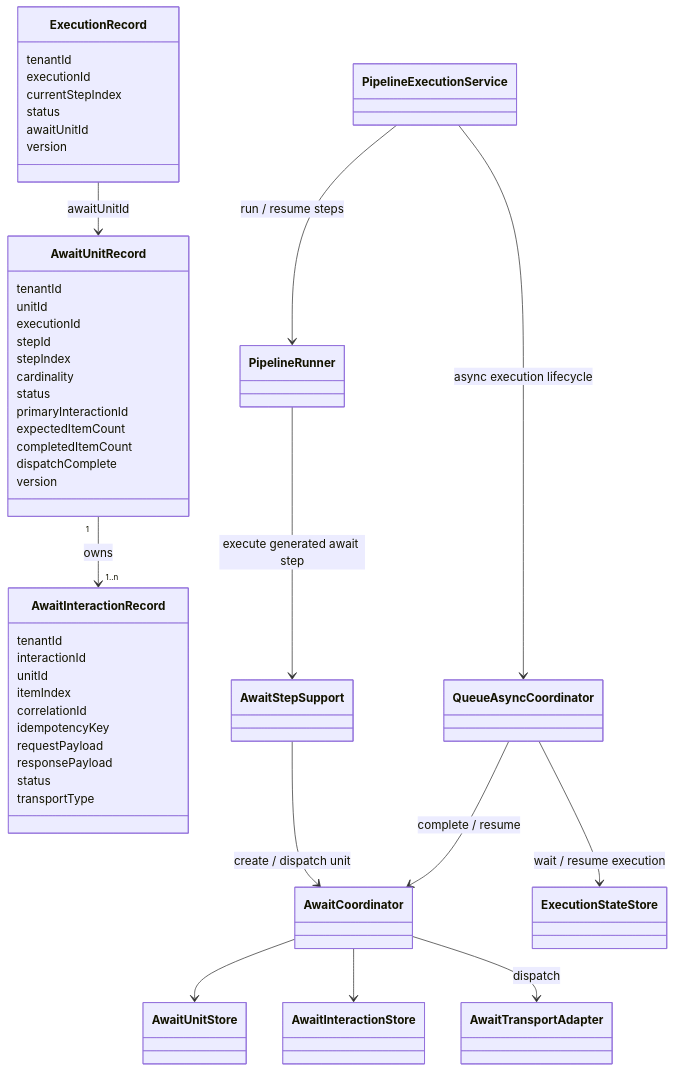
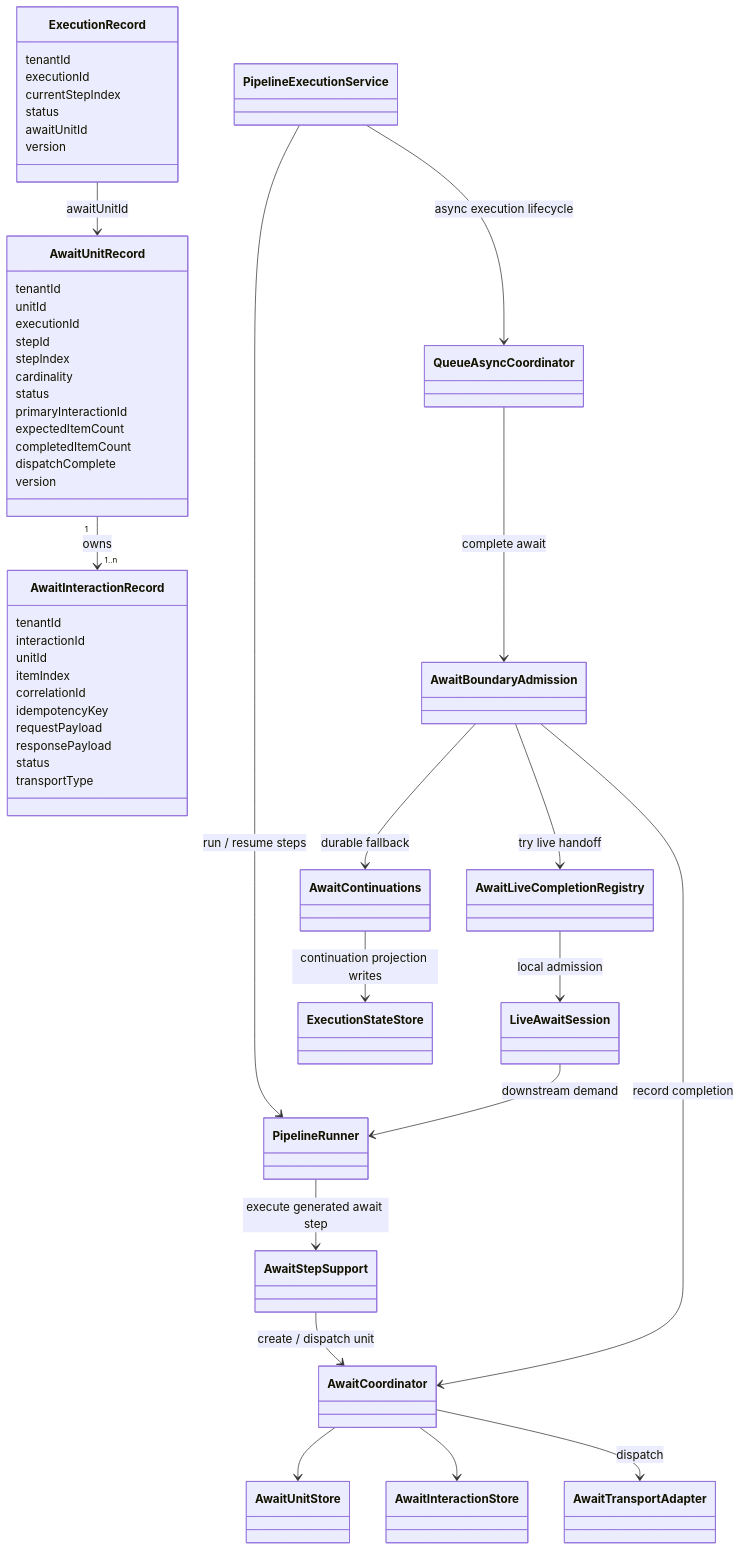
One commit to The-Pipeline-Framework/pipelineframework changed the first of 2 diagrams in docs/evolve/await-unit-runtime/index.md. Above: the diagram before and after it, drawn with Mermaid. The commit also changed 11 other files, not shown here.

First line of the commit message:
[codex] Extract queue async await boundary (#445)

````diff
--- a/docs/evolve/await-unit-runtime/index.md
+++ b/docs/evolve/await-unit-runtime/index.md
@@ -25,61 +25,70 @@
 ```mermaid
 classDiagram
     class ExecutionRecord {
       tenantId
       executionId
       currentStepIndex
       status
       awaitUnitId
       version
     }
 
     class AwaitUnitRecord {
       tenantId
       unitId
       executionId
       stepId
       stepIndex
       cardinality
       status
       primaryInteractionId
       expectedItemCount
       completedItemCount
       dispatchComplete
       version
     }
 
     class AwaitInteractionRecord {
       tenantId
       interactionId
       unitId
       itemIndex
       correlationId
       idempotencyKey
       requestPayload
       responsePayload
       status
       transportType
     }
 
     class PipelineExecutionService
     class PipelineRunner
     class QueueAsyncCoordinator
+    class AwaitBoundaryAdmission
+    class AwaitLiveCompletionRegistry
+    class LiveAwaitSession
+    class AwaitContinuations
     class AwaitStepSupport
     class AwaitCoordinator
     class AwaitUnitStore
     class AwaitInteractionStore
     class AwaitTransportAdapter
     class ExecutionStateStore
 
     ExecutionRecord --> AwaitUnitRecord : awaitUnitId
     AwaitUnitRecord "1" --> "1..n" AwaitInteractionRecord : owns
     PipelineExecutionService --> PipelineRunner : run / resume steps
     PipelineRunner --> AwaitStepSupport : execute generated await step
     AwaitStepSupport --> AwaitCoordinator : create / dispatch unit
     PipelineExecutionService --> QueueAsyncCoordinator : async execution lifecycle
-    QueueAsyncCoordinator --> AwaitCoordinator : complete / resume
-    QueueAsyncCoordinator --> ExecutionStateStore : wait / resume execution
+    QueueAsyncCoordinator --> AwaitBoundaryAdmission : complete await
+    AwaitBoundaryAdmission --> AwaitCoordinator : record completion
+    AwaitBoundaryAdmission --> AwaitLiveCompletionRegistry : try live handoff
+    AwaitLiveCompletionRegistry --> LiveAwaitSession : local admission
+    LiveAwaitSession --> PipelineRunner : downstream demand
+    AwaitBoundaryAdmission --> AwaitContinuations : durable fallback
+    AwaitContinuations --> ExecutionStateStore : continuation projection writes
     AwaitCoordinator --> AwaitUnitStore
     AwaitCoordinator --> AwaitInteractionStore
     AwaitCoordinator --> AwaitTransportAdapter : dispatch
 ```
````
